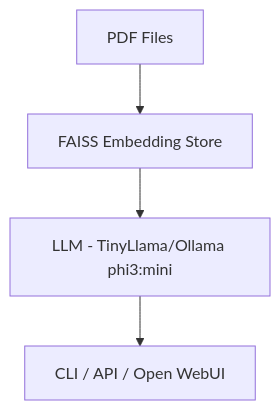
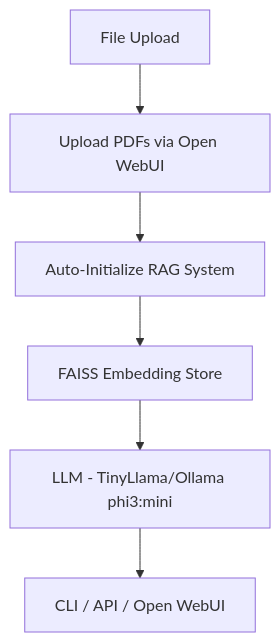
The diagram in README.md (NayanEupho/IPR_RAG_Chat), drawn with Mermaid before and after one commit. The commit also changed other lines of this file and 2 other files, not shown here.

````diff
--- a/README.md
+++ b/README.md
@@ -24,6 +27,8 @@
 ```mermaid
 graph TD;
-    A[PDF Files] --> B[FAISS Embedding Store];
-    B --> C[LLM - TinyLlama/Ollama phi3:mini];
-    C --> D[CLI / API / Open WebUI];
+    A[Upload PDFs via Open WebUI] --> B[Auto-Initialize RAG System];
+    B --> C[FAISS Embedding Store];
+    C --> D[LLM - TinyLlama/Ollama phi3:mini];
+    D --> E[CLI / API / Open WebUI];
+    F[File Upload] --> A;
 ```
````
